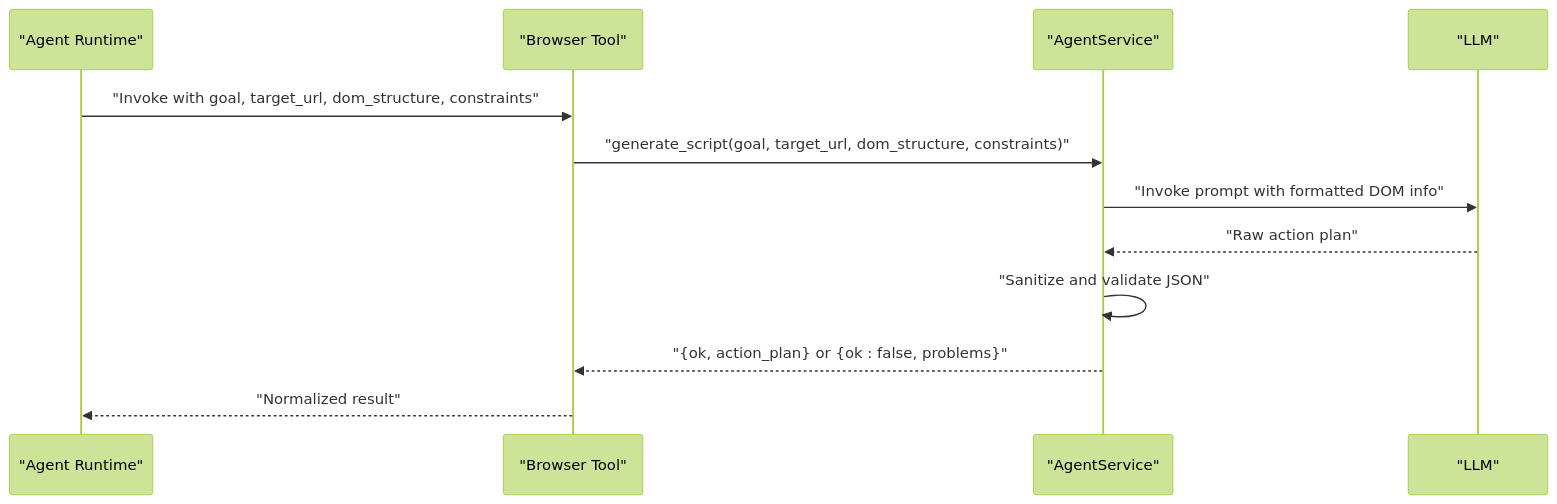
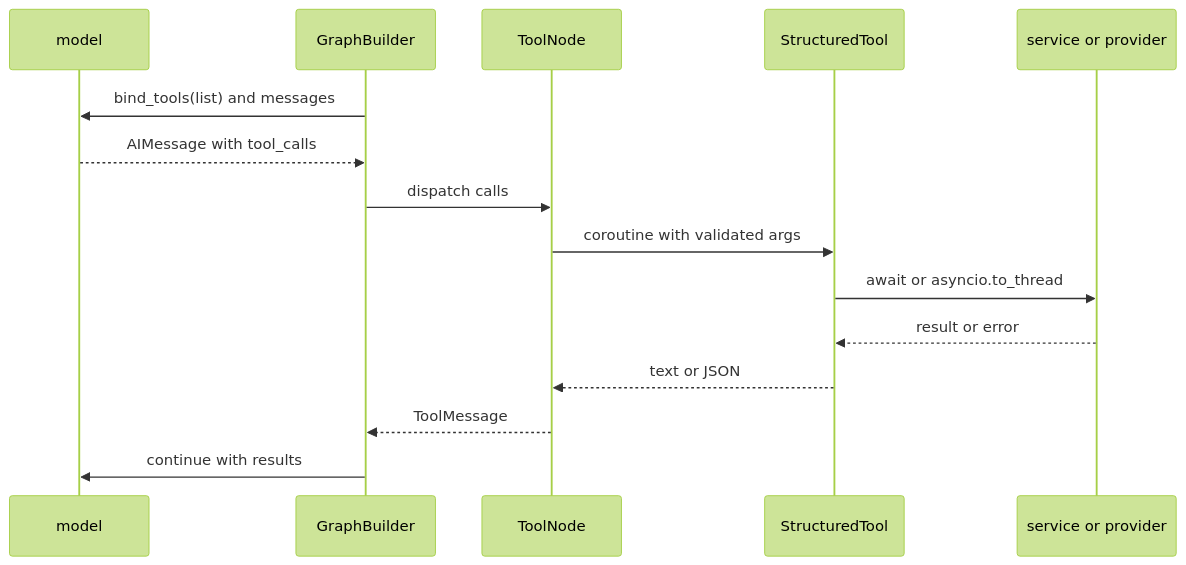
Before and after one commit to tashifkhan/tashif.codes: the third of 5 diagrams in src/data/docs/agentic-browser/Tool System/Tool System.md, drawn with Mermaid (forest theme). The commit also changed other lines of this file and 114 other files, not shown here.

````diff
--- a/src/data/docs/agentic-browser/Tool System/Tool System.md
+++ b/src/data/docs/agentic-browser/Tool System/Tool System.md
@@ -133,14 +102,17 @@
 ```mermaid
 sequenceDiagram
-participant Agent as "Agent Runtime"
-participant Tool as "Browser Tool"
-participant Service as "AgentService"
-participant LLM as "LLM"
-Agent->>Tool : "Invoke with goal, target_url, dom_structure, constraints"
-Tool->>Service : "generate_script(goal, target_url, dom_structure, constraints)"
-Service->>LLM : "Invoke prompt with formatted DOM info"
-LLM-->>Service : "Raw action plan"
-Service->>Service : "Sanitize and validate JSON"
-Service-->>Tool : "{ok, action_plan} or {ok : false, problems}"
-Tool-->>Agent : "Normalized result"
+  participant M as model
+  participant G as GraphBuilder
+  participant N as ToolNode
+  participant T as StructuredTool
+  participant S as service or provider
+  G->>M: bind_tools(list) and messages
+  M-->>G: AIMessage with tool_calls
+  G->>N: dispatch calls
+  N->>T: coroutine with validated args
+  T->>S: await or asyncio.to_thread
+  S-->>T: result or error
+  T-->>N: text or JSON
+  N-->>G: ToolMessage
+  G->>M: continue with results
 ```
````
